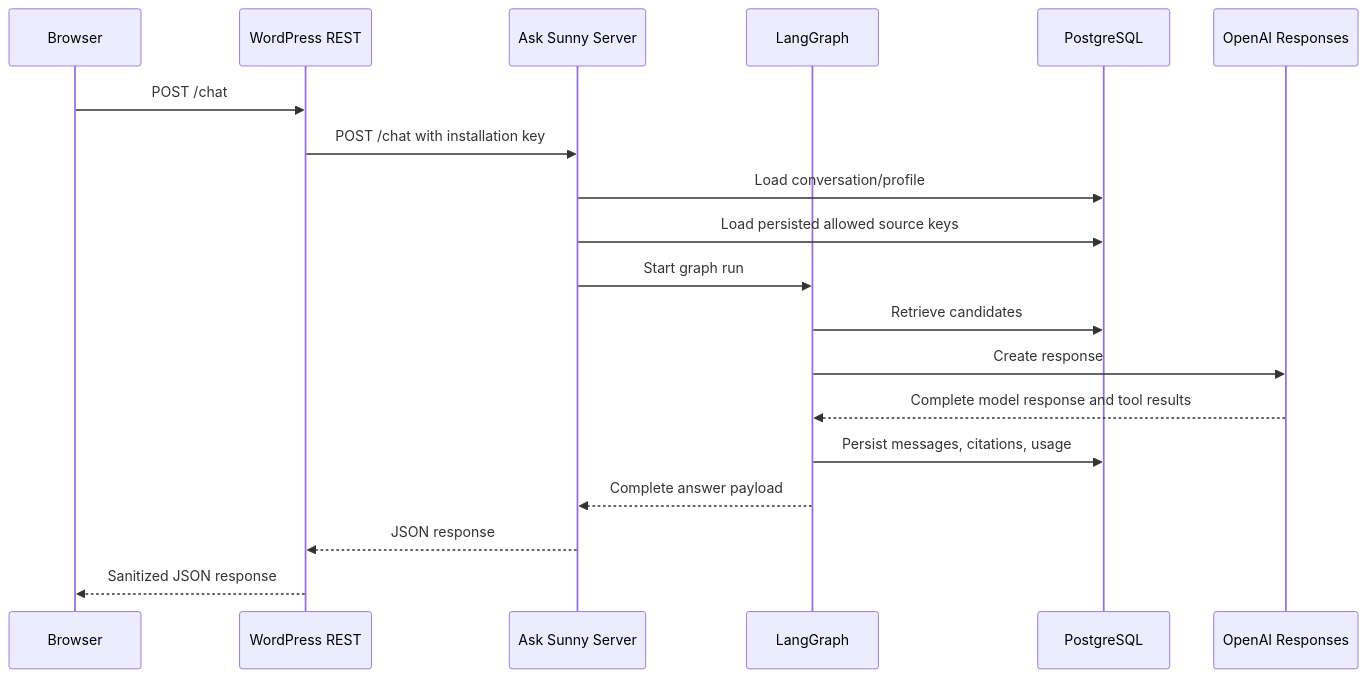
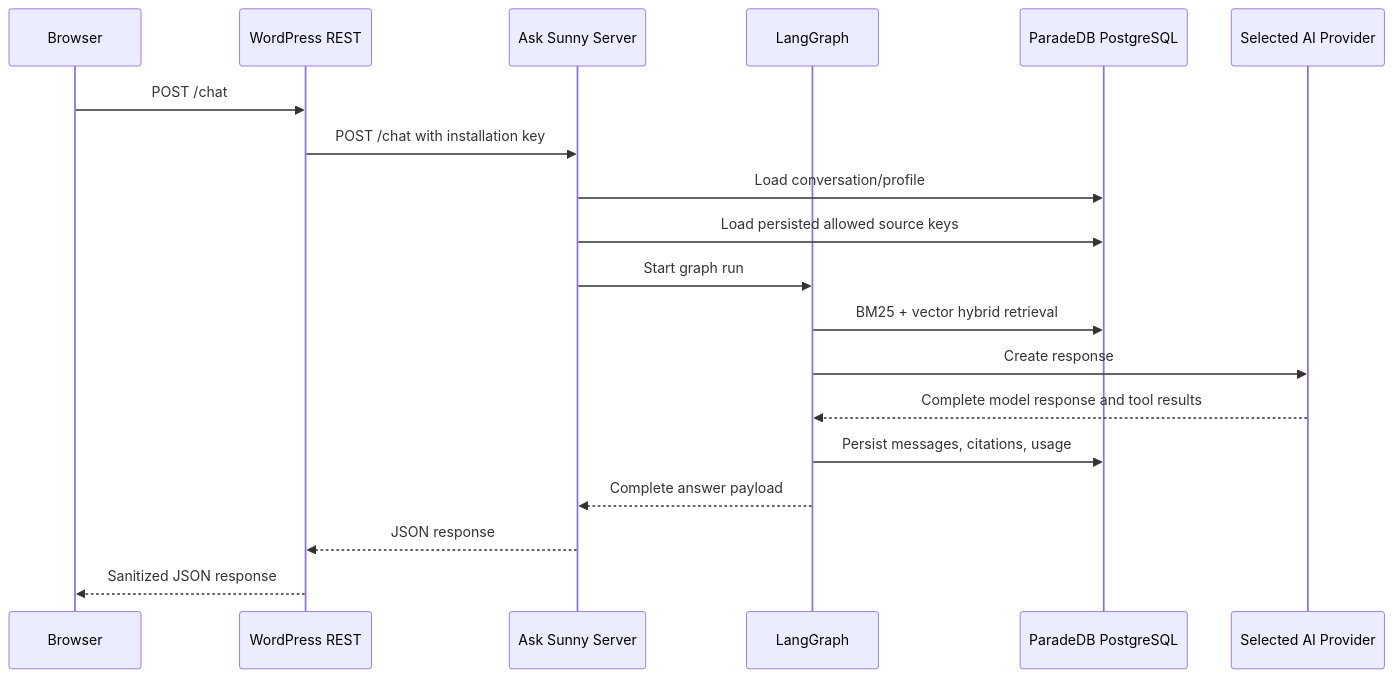
Before and after one commit to sovware/ask-sunny-docs: the fourth of 5 diagrams in server/SERVER_APP_ARCHITECTURE.md, drawn with Mermaid. The commit also changed other lines of this file and 14 other files, not shown here.

````diff
--- a/server/SERVER_APP_ARCHITECTURE.md
+++ b/server/SERVER_APP_ARCHITECTURE.md
@@ -195,22 +237,22 @@
 ```mermaid
 sequenceDiagram
   participant Browser
   participant WP as WordPress REST
   participant API as Ask Sunny Server
   participant Graph as LangGraph
-  participant DB as PostgreSQL
-  participant OAI as OpenAI Responses
+  participant DB as ParadeDB PostgreSQL
+  participant AI as Selected AI Provider
 
   Browser->>WP: POST /chat
   WP->>API: POST /chat with installation key
   API->>DB: Load conversation/profile
   API->>DB: Load persisted allowed source keys
   API->>Graph: Start graph run
-  Graph->>DB: Retrieve candidates
-  Graph->>OAI: Create response
-  OAI-->>Graph: Complete model response and tool results
+  Graph->>DB: BM25 + vector hybrid retrieval
+  Graph->>AI: Create response
+  AI-->>Graph: Complete model response and tool results
   Graph->>DB: Persist messages, citations, usage
   Graph-->>API: Complete answer payload
   API-->>WP: JSON response
   WP-->>Browser: Sanitized JSON response
 ```
````
